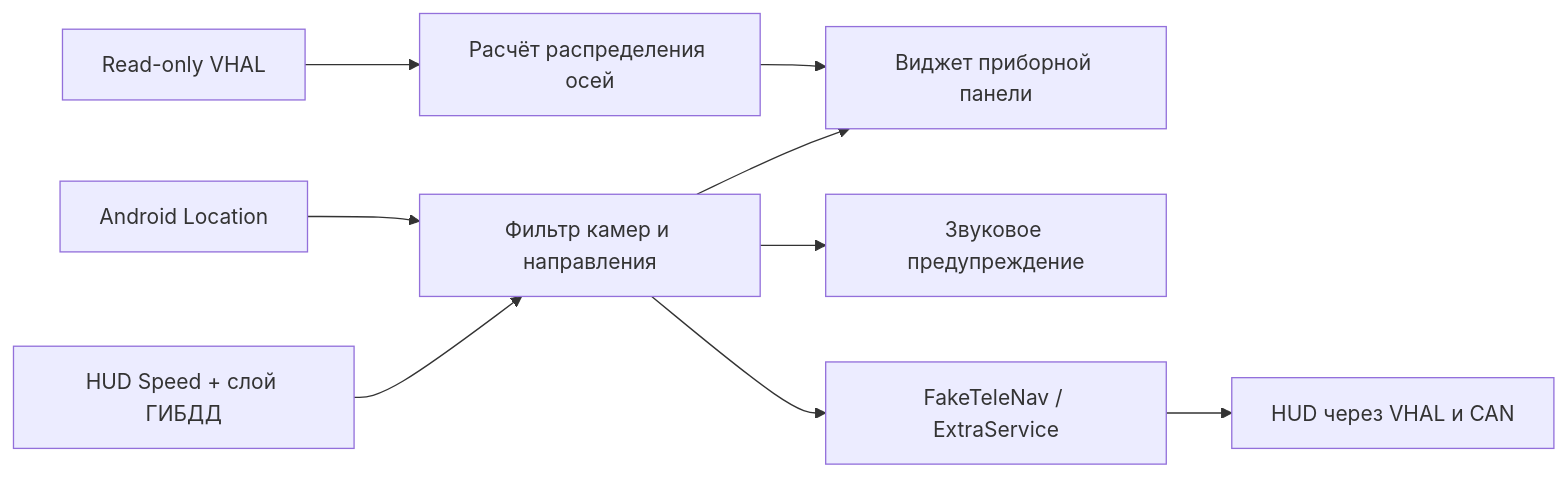
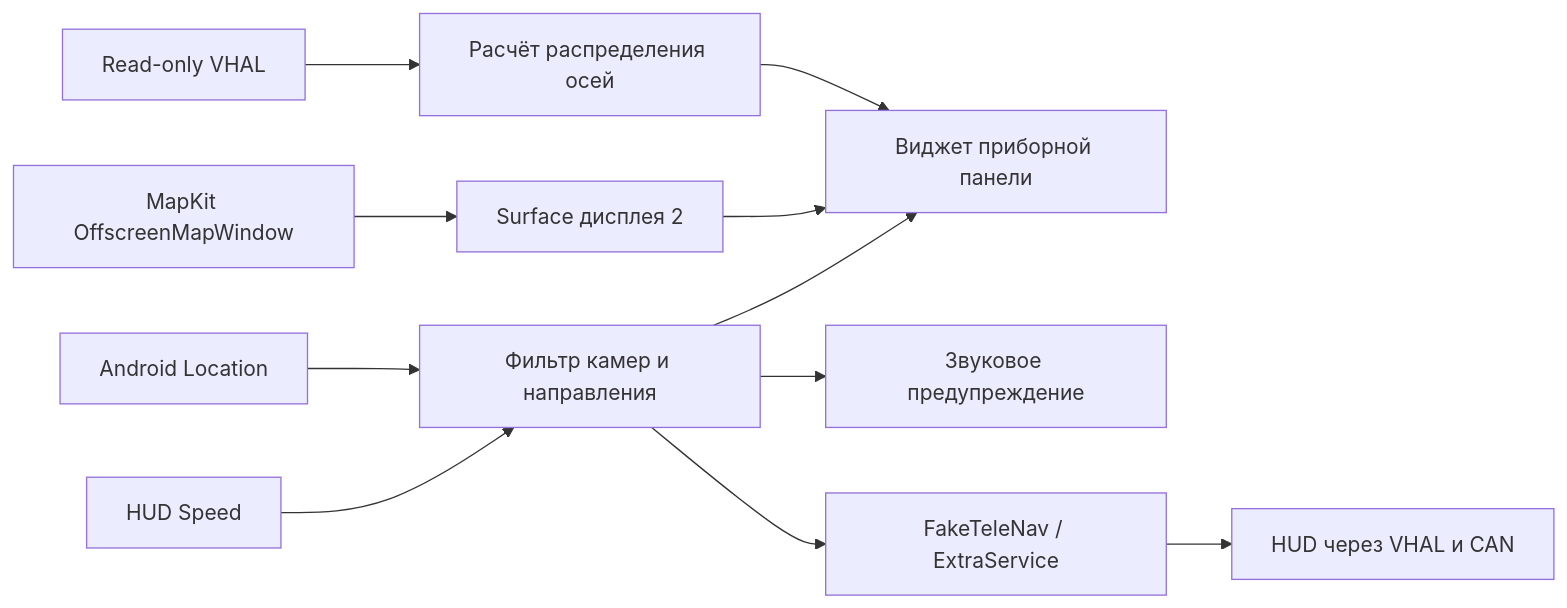
Before and after one commit to DmitryRND/exeed-road-assistant: the diagram in README.md, drawn with Mermaid. The commit also changed other lines of this file and 21 other files, not shown here.

Commit message:
Add MapKit instrument map preview

````diff
--- a/README.md
+++ b/README.md
@@ -114,11 +121,13 @@
 ```mermaid
 flowchart LR
     GPS["Android Location"] --> Match["Фильтр камер и направления"]
-    DB["HUD Speed + слой ГИБДД"] --> Match
+    DB["HUD Speed"] --> Match
     Match --> Cluster["Виджет приборной панели"]
     Match --> Sound["Звуковое предупреждение"]
     Match --> Telenav["FakeTeleNav / ExtraService"]
     Telenav --> HUD["HUD через VHAL и CAN"]
     VHAL["Read-only VHAL"] --> AWD["Расчёт распределения осей"]
     AWD --> Cluster
+    MapKit["MapKit OffscreenMapWindow"] --> Surface["Surface дисплея 2"]
+    Surface --> Cluster
 ```
````
